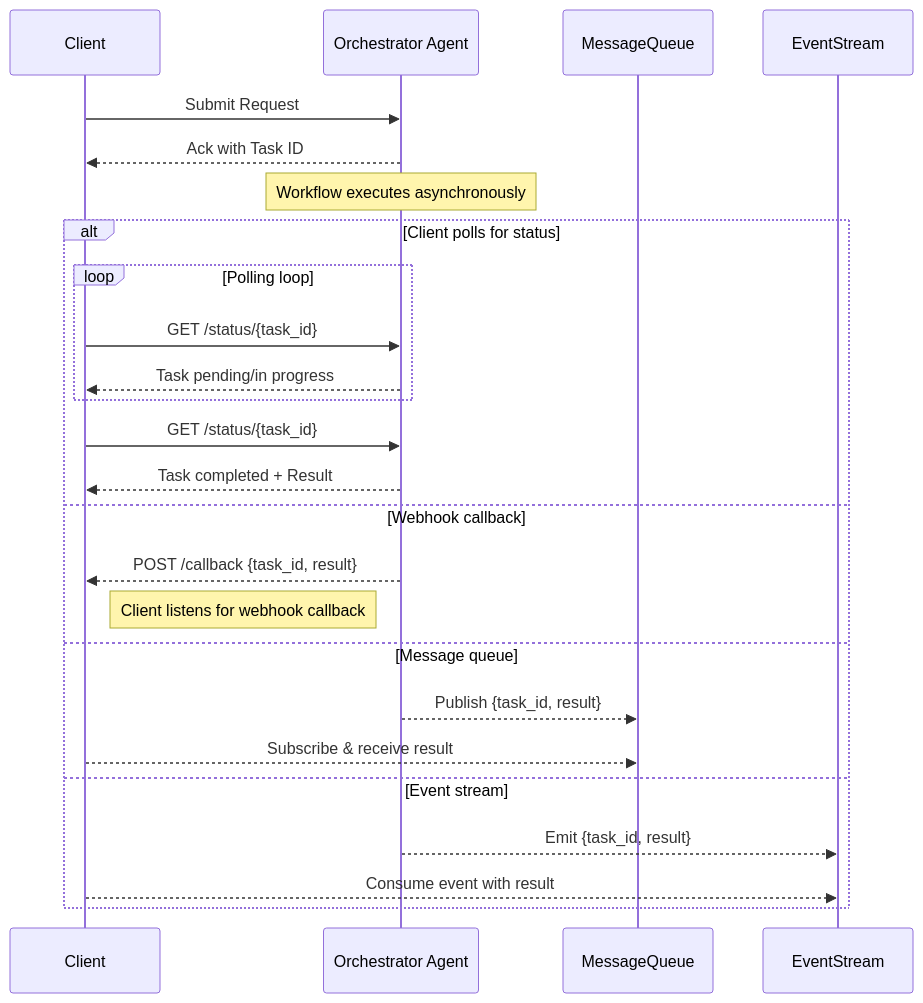
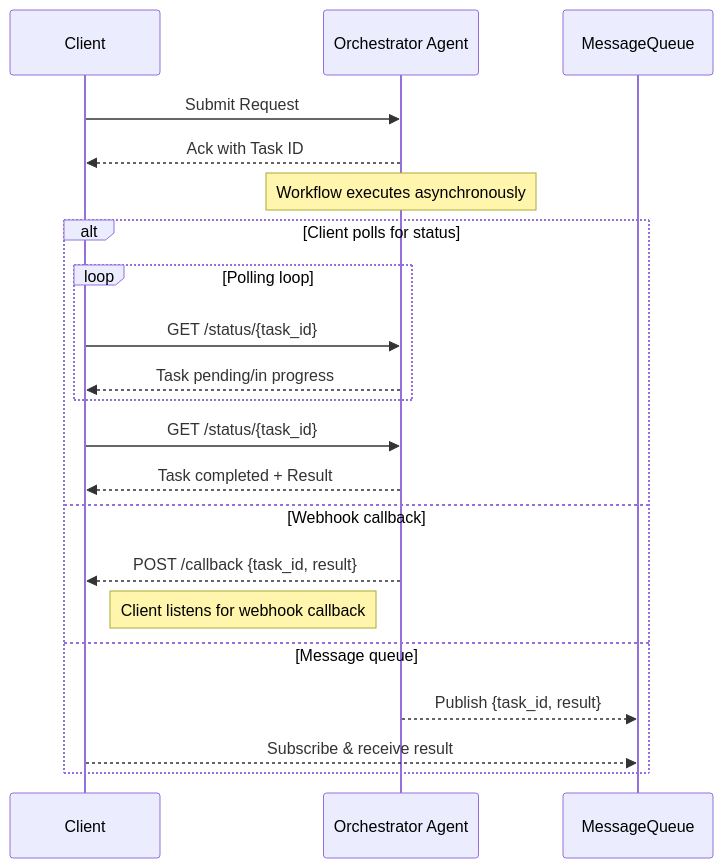
The third of 4 diagrams in docs/agents-communication/Request-Driven.md (microsoft/multi-agent-reference-architecture), drawn with Mermaid before and after one commit. The commit also changed other lines of this file, not shown here.

````diff
--- a/docs/agents-communication/Request-Driven.md
+++ b/docs/agents-communication/Request-Driven.md
@@ -72,29 +134,26 @@
 ```mermaid
 
 sequenceDiagram
     participant Client
     participant Orchestrator Agent
 
     Client->>Orchestrator Agent: Submit Request
     Orchestrator Agent-->>Client: Ack with Task ID
 
     Note over Orchestrator Agent: Workflow executes asynchronously
 
     alt Client polls for status
         loop Polling loop
             Client->>Orchestrator Agent: GET /status/{task_id}
             Orchestrator Agent-->>Client: Task pending/in progress
         end
         Client->>Orchestrator Agent: GET /status/{task_id}
         Orchestrator Agent-->>Client: Task completed + Result
     else Webhook callback
         Orchestrator Agent-->>Client: POST /callback {task_id, result}
         Note right of Client: Client listens for webhook callback
     else Message queue
         Orchestrator Agent-->>MessageQueue: Publish {task_id, result}
         Client-->>MessageQueue: Subscribe & receive result
-    else Event stream
-        Orchestrator Agent-->>EventStream: Emit {task_id, result}
-        Client-->>EventStream: Consume event with result
     end
 ```
````
